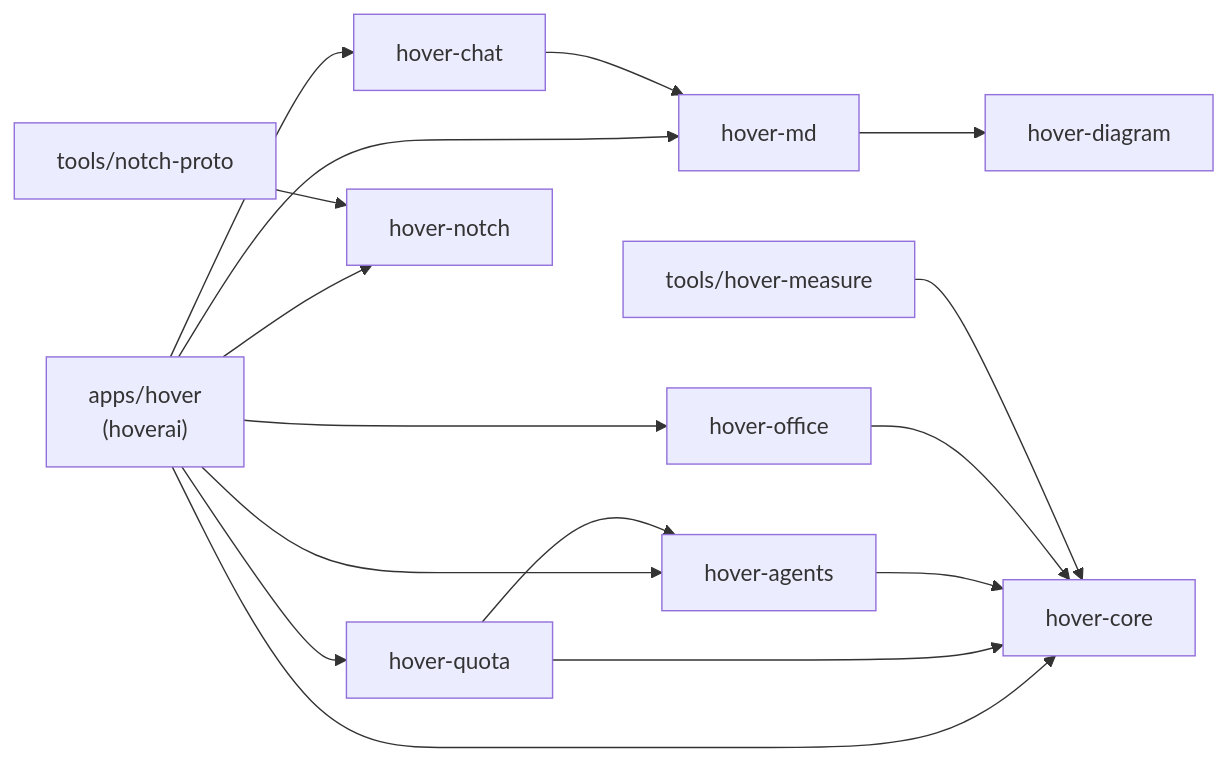
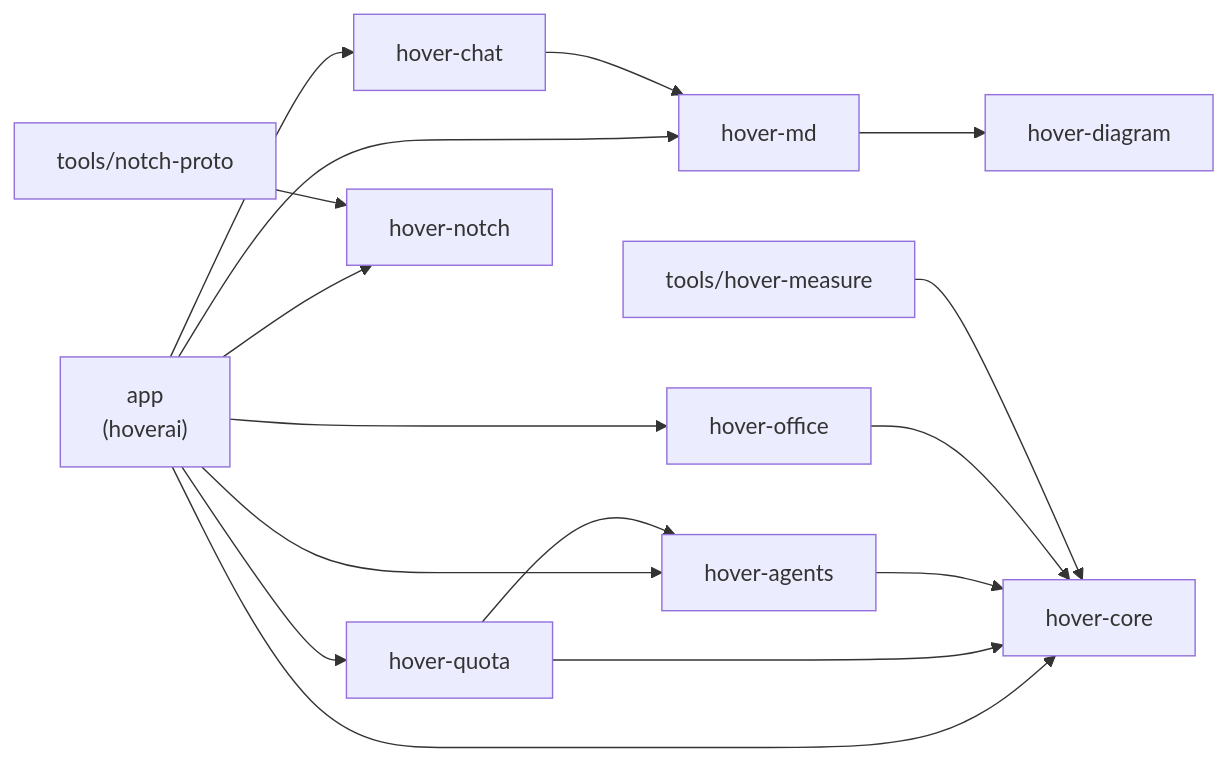
One commit to 4regab/Hover changed the second of 5 diagrams in docs/development/architecture.md. Above: the diagram before and after it, drawn with Mermaid. The commit also changed other lines of this file and 267 other files, not shown here.

````diff
--- a/docs/development/architecture.md
+++ b/docs/development/architecture.md
@@ -67,23 +67,23 @@
 ```mermaid
 flowchart LR
-    hover["apps/hover<br/>(hoverai)"]
+    hover["app<br/>(hoverai)"]
     agents[hover-agents]
     core[hover-core]
     quota[hover-quota]
     chat[hover-chat]
     md[hover-md]
     diagram[hover-diagram]
     notch[hover-notch]
     office[hover-office]
     measure["tools/hover-measure"]
     nproto["tools/notch-proto"]
 
     hover --> agents & chat & core & md & notch & office & quota
     quota --> agents & core
     agents --> core
     office --> core
     chat --> md
     md --> diagram
     measure --> core
     nproto --> notch
 ```
````
